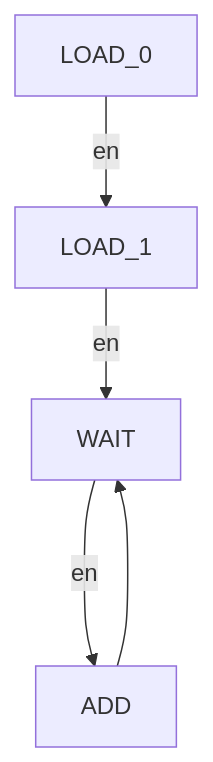
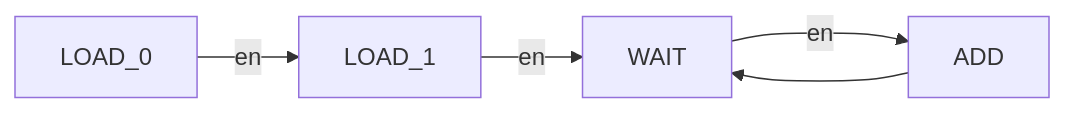
The diagram in 计算机组成原理实验/lab1/report.md (liuly0322/USTC-CS-COURSE-HW), drawn with Mermaid before and after one commit. The commit also changed other lines of this file and 16 other files, not shown here.

````diff
--- a/计算机组成原理实验/lab1/report.md
+++ b/计算机组成原理实验/lab1/report.md
@@ -276,4 +278,4 @@
 ```mermaid
-graph TD
+graph LR
 LOAD_0--en-->LOAD_1--en-->WAIT--en-->ADD--->WAIT
 ```
````
